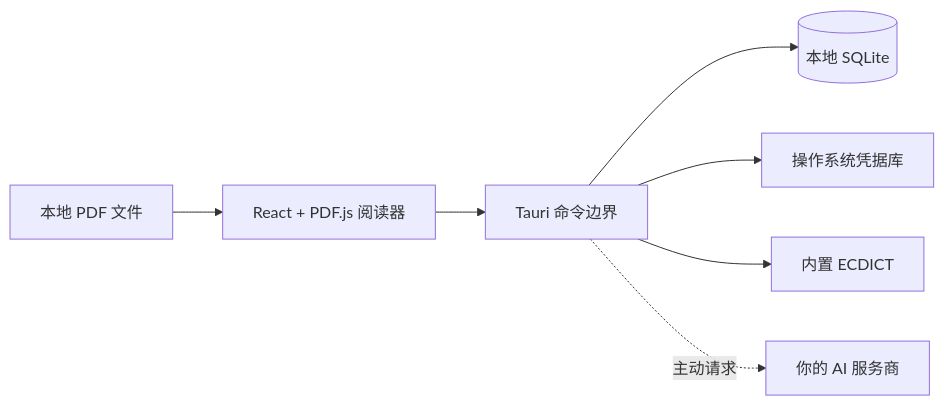
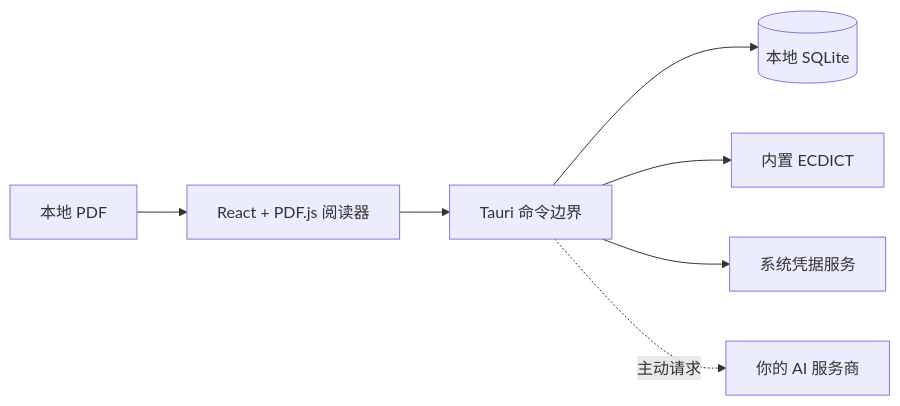
Before and after one commit to Yan-Haiyang-Tju/PaperLens: the diagram in README.zh-CN.md, drawn with Mermaid. The commit also changed other lines of this file and 7 other files, not shown here.

````diff
--- a/README.zh-CN.md
+++ b/README.zh-CN.md
@@ -179,9 +187,9 @@
 ```mermaid
 flowchart LR
-  PDF["本地 PDF 文件"] --> UI["React + PDF.js 阅读器"]
-  UI --> IPC["Tauri 命令边界"]
+  PDF["本地 PDF"] --> READER["React + PDF.js 阅读器"]
+  READER --> IPC["Tauri 命令边界"]
   IPC --> DB[("本地 SQLite")]
-  IPC --> KEY["操作系统凭据库"]
   IPC --> DICT["内置 ECDICT"]
+  IPC --> KEY["系统凭据服务"]
   IPC -. "主动请求" .-> AI["你的 AI 服务商"]
 ```
````
